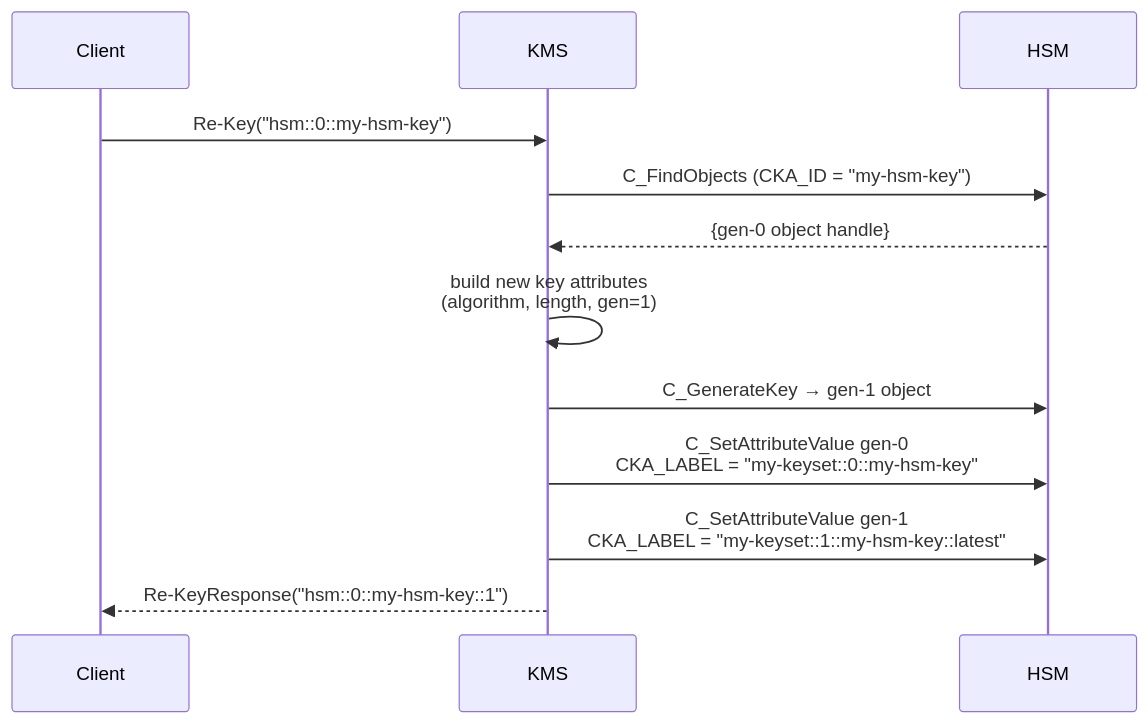
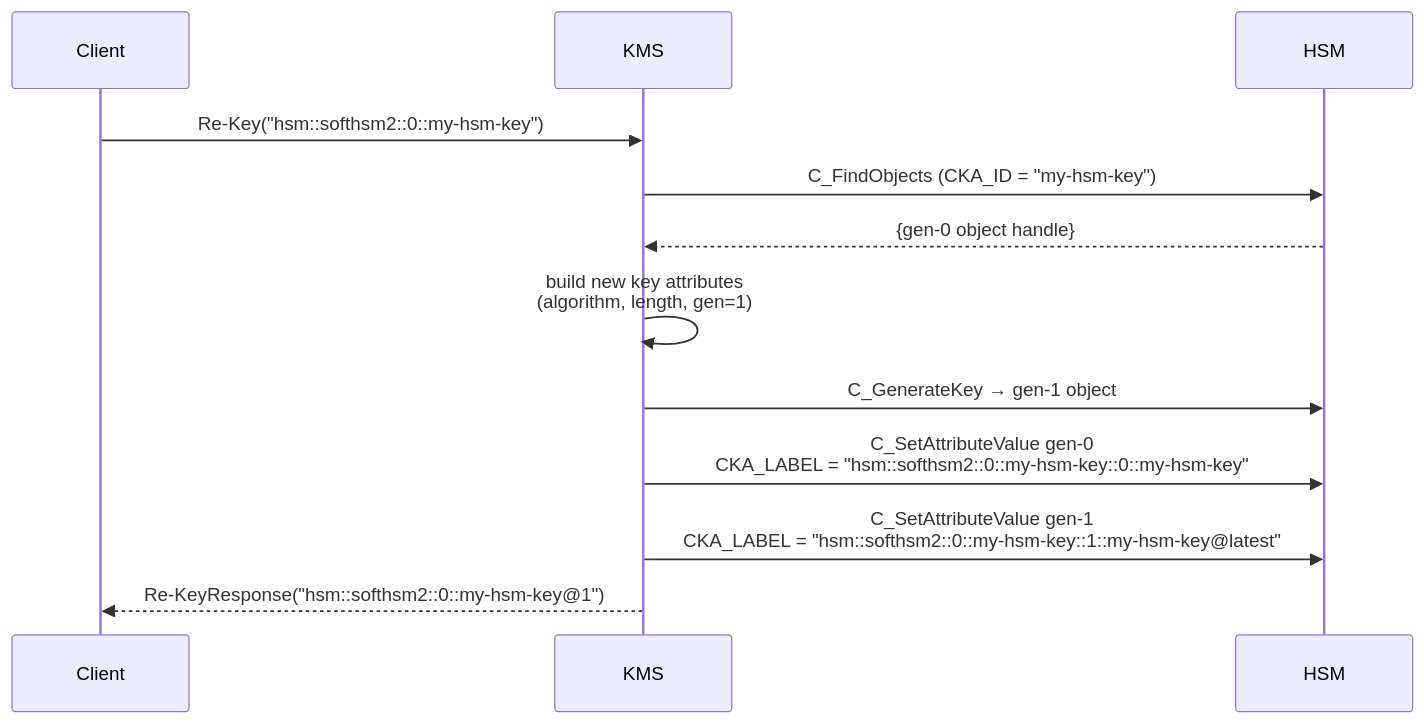
The first of 2 diagrams in documentation/docs/kmip_support/key_rotation/hsm.md (Cosmian/kms), drawn with Mermaid before and after one commit. The commit also changed other lines of this file and 29 other files, not shown here.

Commit message:
feat: hsm keyset feature

````diff
--- a/documentation/docs/kmip_support/key_rotation/hsm.md
+++ b/documentation/docs/kmip_support/key_rotation/hsm.md
@@ -115,15 +177,15 @@
 ```mermaid
 sequenceDiagram
     participant Client
     participant KMS
     participant HSM
 
-    Client->>KMS: Re-Key("hsm::0::my-hsm-key")
+    Client->>KMS: Re-Key("hsm::softhsm2::0::my-hsm-key")
     KMS->>HSM: C_FindObjects (CKA_ID = "my-hsm-key")
     HSM-->>KMS: {gen-0 object handle}
     KMS->>KMS: build new key attributes<br/>(algorithm, length, gen=1)
     KMS->>HSM: C_GenerateKey → gen-1 object
-    KMS->>HSM: C_SetAttributeValue gen-0<br/>CKA_LABEL = "my-keyset::0::my-hsm-key"
-    KMS->>HSM: C_SetAttributeValue gen-1<br/>CKA_LABEL = "my-keyset::1::my-hsm-key::latest"
-    KMS-->>Client: Re-KeyResponse("hsm::0::my-hsm-key::1")
+    KMS->>HSM: C_SetAttributeValue gen-0<br/>CKA_LABEL = "hsm::softhsm2::0::my-hsm-key::0::my-hsm-key"
+    KMS->>HSM: C_SetAttributeValue gen-1<br/>CKA_LABEL = "hsm::softhsm2::0::my-hsm-key::1::my-hsm-key@latest"
+    KMS-->>Client: Re-KeyResponse("hsm::softhsm2::0::my-hsm-key@1")
 ```
````
